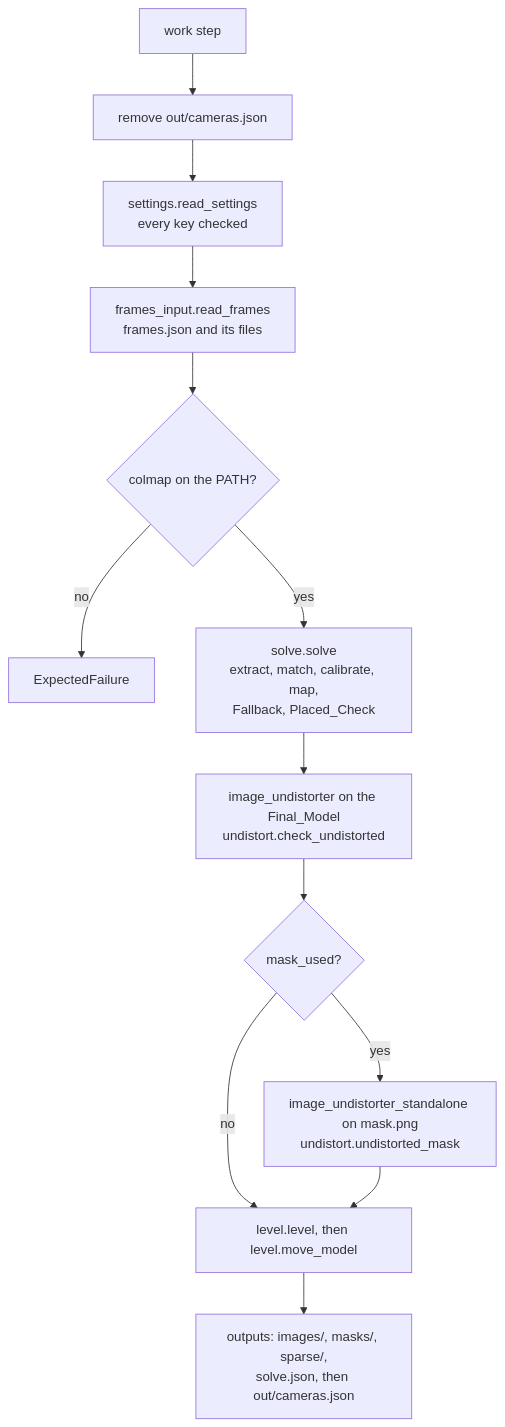
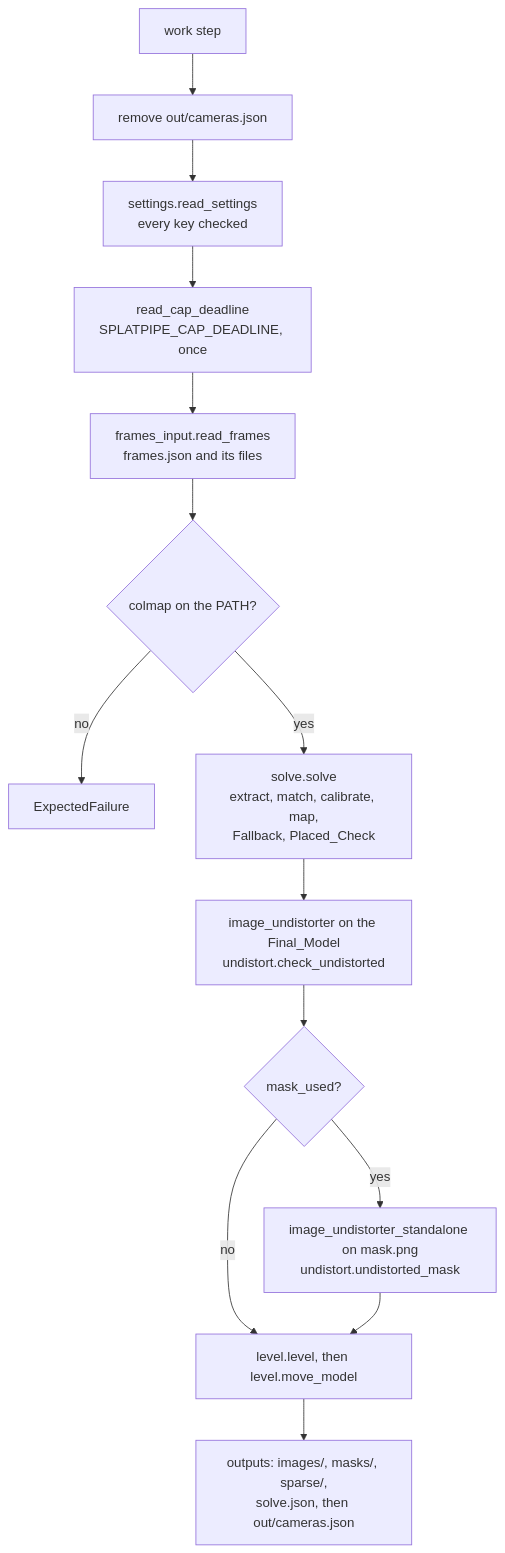
The first of 2 diagrams in .kiro/specs/cameras/design.md (Voxelis-Org/Voxelis-Kiroween), drawn with Mermaid before and after one commit. The commit also changed other lines of this file and 2 other files, not shown here.

Commit message:
Spec: cameras RADIAL camera, true-only refine keys, the cap deadline and the smoke check

````diff
--- a/.kiro/specs/cameras/design.md
+++ b/.kiro/specs/cameras/design.md
@@ -134,15 +156,16 @@
 ```mermaid
 flowchart TD
     W[work step] --> R[remove out/cameras.json]
     R --> S[settings.read_settings<br/>every key checked]
-    S --> F[frames_input.read_frames<br/>frames.json and its files]
+    S --> D[read_cap_deadline<br/>SPLATPIPE_CAP_DEADLINE, once]
+    D --> F[frames_input.read_frames<br/>frames.json and its files]
     F --> C{colmap on the PATH?}
     C -->|no| X[ExpectedFailure]
     C -->|yes| SV[solve.solve<br/>extract, match, calibrate, map,<br/>Fallback, Placed_Check]
     SV --> U[image_undistorter on the Final_Model<br/>undistort.check_undistorted]
     U --> M{mask_used?}
     M -->|yes| MW[image_undistorter_standalone on mask.png<br/>undistort.undistorted_mask]
     M -->|no| L
     MW --> L[level.level, then level.move_model]
     L --> O[outputs: images/, masks/, sparse/,<br/>solve.json, then out/cameras.json]
 ```
````
